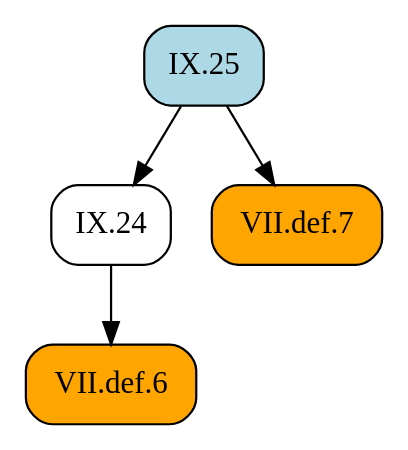
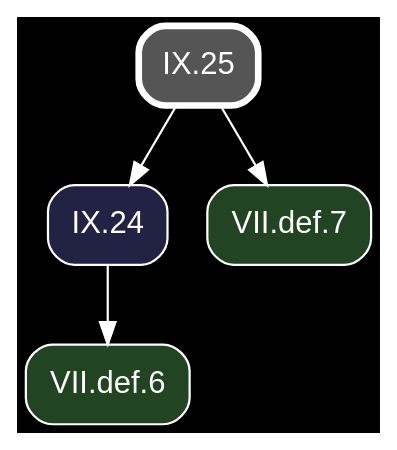
One commit to geometor/elements changed the diagram in docsrc/heath/IX/25/index.rst. Above: the diagram before and after it, drawn with Graphviz. The commit also changed other lines of this file and 1200 other files, not shown here.

Commit message:
update dependency graphs

```diff
--- a/docsrc/heath/IX/25/index.rst
+++ b/docsrc/heath/IX/25/index.rst
@@ -30,13 +30,15 @@
 .. graphviz::
 
    digraph {
+     bgcolor="black";
+     node [shape=box, style="rounded,filled", fontname="Helvetica", color="white", fontcolor="white"];
+     edge [color="white", fontcolor="white"];
      rankdir="TB";
-     node [shape=box, style=rounded];
-     "IX.24" [URL="/heath/IX/24/", target="_top"];
-     "VII.def.7" [style="rounded,filled", fillcolor=orange, URL="/heath/VII/def.7/", target="_top"];
-     "VII.def.6" [style="rounded,filled", fillcolor=orange, URL="/heath/VII/def.6/", target="_top"];
-     "IX.25" [style="rounded,filled", fillcolor=lightblue, URL="/heath/IX/25/", target="_top"];
+     "IX.24" [fillcolor="#222244", URL="/heath/IX/24/", target="_top"];
+     "VII.def.7" [fillcolor="#224422", URL="/heath/VII/def.7/", target="_top"];
+     "IX.25" [penwidth=3, color="white", fillcolor="#555555", URL="/heath/IX/25/", target="_top"];
+     "VII.def.6" [fillcolor="#224422", URL="/heath/VII/def.6/", target="_top"];
      "IX.25" -> "IX.24";
      "IX.25" -> "VII.def.7";
      "IX.24" -> "VII.def.6";
    }
```
